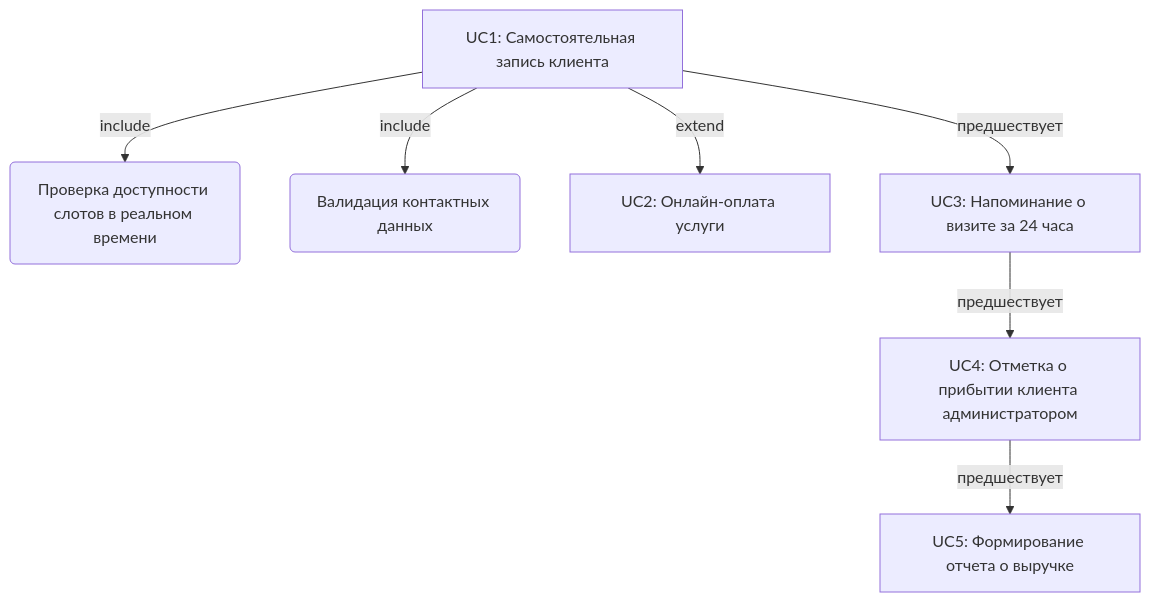
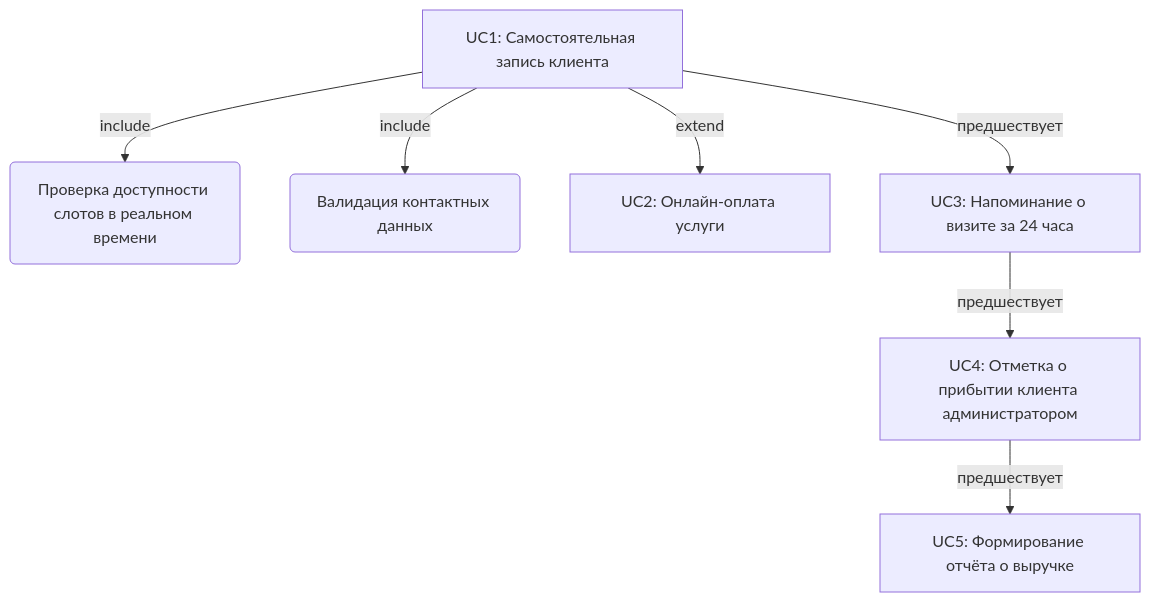
The diagram in README.md (ksiu999/cosmetics), drawn with Mermaid before and after one commit. The commit also changed other lines of this file, not shown here.

````diff
--- a/README.md
+++ b/README.md
@@ -138,9 +198,9 @@
 ```mermaid
 graph TD
     A[UC1: Самостоятельная запись клиента] -->|include| B(Проверка доступности слотов в реальном времени)
     A -->|include| C(Валидация контактных данных)
     A -->|extend| D[UC2: Онлайн-оплата услуги]
     A -->|предшествует| E[UC3: Напоминание о визите за 24 часа]
     E -->|предшествует| F[UC4: Отметка о прибытии клиента администратором]
-    F -->|предшествует| G[UC5: Формирование отчета о выручке]
+    F -->|предшествует| G[UC5: Формирование отчёта о выручке]
 ```
````
